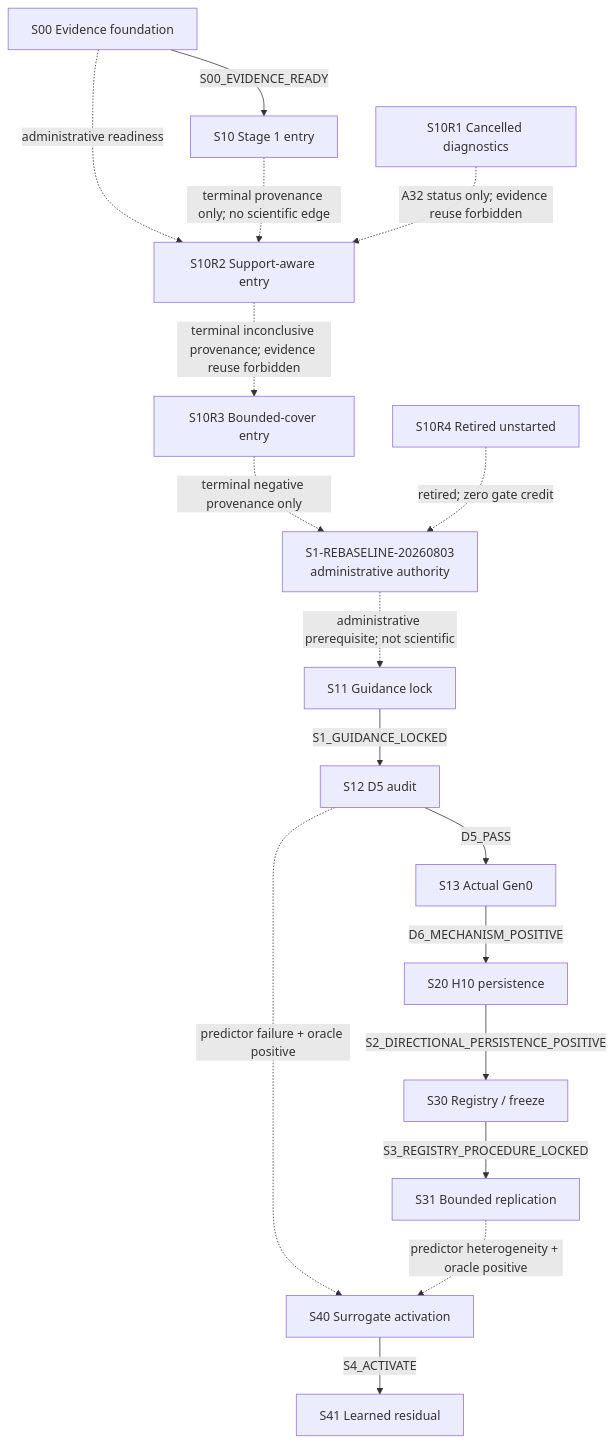
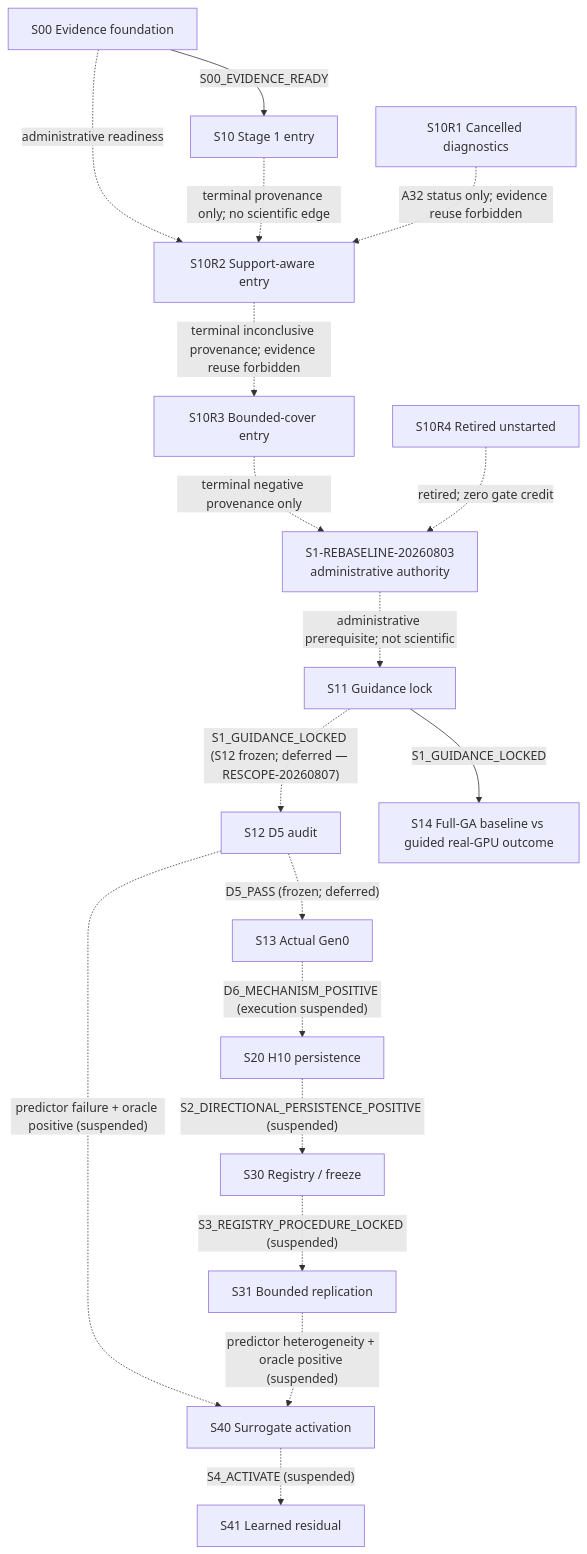
The diagram in study_docs/research/ductile-origami-warmstart-experiment-plan.md (ppalee1217/rocm-libraries), drawn with Mermaid before and after one commit. The commit also changed other lines of this file and 11 other files, not shown here.

First line of the commit message:
study(s14): re-scope Stage-1 to full-GA baseline-vs-guided outcome; freeze S12/S20-S41; add S14 design + remote baseline handoff

````diff
--- a/study_docs/research/ductile-origami-warmstart-experiment-plan.md
+++ b/study_docs/research/ductile-origami-warmstart-experiment-plan.md
@@ -144,35 +154,37 @@
 ```mermaid
 flowchart TD
   s00["S00 Evidence foundation"]
   s10["S10 Stage 1 entry"]
   s10r1["S10R1 Cancelled diagnostics"]
   s10r2["S10R2 Support-aware entry"]
   s10r3["S10R3 Bounded-cover entry"]
   s10r4["S10R4 Retired unstarted"]
   auth["S1-REBASELINE-20260803\nadministrative authority"]
   s11["S11 Guidance lock"]
   s12["S12 D5 audit"]
   s13["S13 Actual Gen0"]
+  s14["S14 Full-GA baseline vs guided real-GPU outcome"]
   s20["S20 H10 persistence"]
   s30["S30 Registry / freeze"]
   s31["S31 Bounded replication"]
   s40["S40 Surrogate activation"]
   s41["S41 Learned residual"]
 
   s00 -->|"S00_EVIDENCE_READY"| s10
   s00 -. "administrative readiness" .-> s10r2
   s10 -. "terminal provenance only; no scientific edge" .-> s10r2
   s10r1 -. "A32 status only; evidence reuse forbidden" .-> s10r2
   s10r2 -. "terminal inconclusive provenance; evidence reuse forbidden" .-> s10r3
   s10r3 -. "terminal negative provenance only" .-> auth
   s10r4 -. "retired; zero gate credit" .-> auth
   auth -. "administrative prerequisite; not scientific" .-> s11
-  s11 -->|"S1_GUIDANCE_LOCKED"| s12
-  s12 -->|"D5_PASS"| s13
-  s13 -->|"D6_MECHANISM_POSITIVE"| s20
-  s20 -->|"S2_DIRECTIONAL_PERSISTENCE_POSITIVE"| s30
-  s30 -->|"S3_REGISTRY_PROCEDURE_LOCKED"| s31
-  s12 -. "predictor failure + oracle positive" .-> s40
-  s31 -. "predictor heterogeneity + oracle positive" .-> s40
-  s40 -->|"S4_ACTIVATE"| s41
+  s11 -->|"S1_GUIDANCE_LOCKED"| s14
+  s11 -. "S1_GUIDANCE_LOCKED (S12 frozen; deferred — RESCOPE-20260807)" .-> s12
+  s12 -. "D5_PASS (frozen; deferred)" .-> s13
+  s13 -. "D6_MECHANISM_POSITIVE (execution suspended)" .-> s20
+  s20 -. "S2_DIRECTIONAL_PERSISTENCE_POSITIVE (suspended)" .-> s30
+  s30 -. "S3_REGISTRY_PROCEDURE_LOCKED (suspended)" .-> s31
+  s12 -. "predictor failure + oracle positive (suspended)" .-> s40
+  s31 -. "predictor heterogeneity + oracle positive (suspended)" .-> s40
+  s40 -. "S4_ACTIVATE (suspended)" .-> s41
 ```
````
